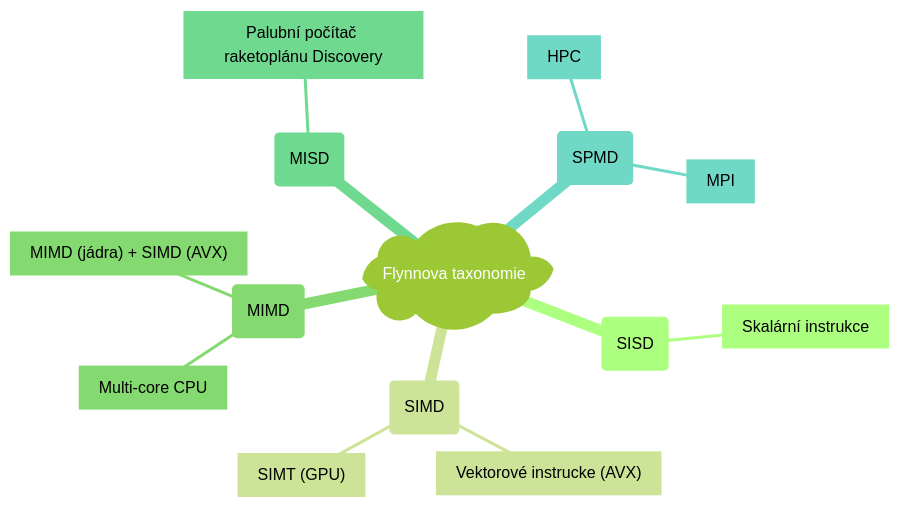
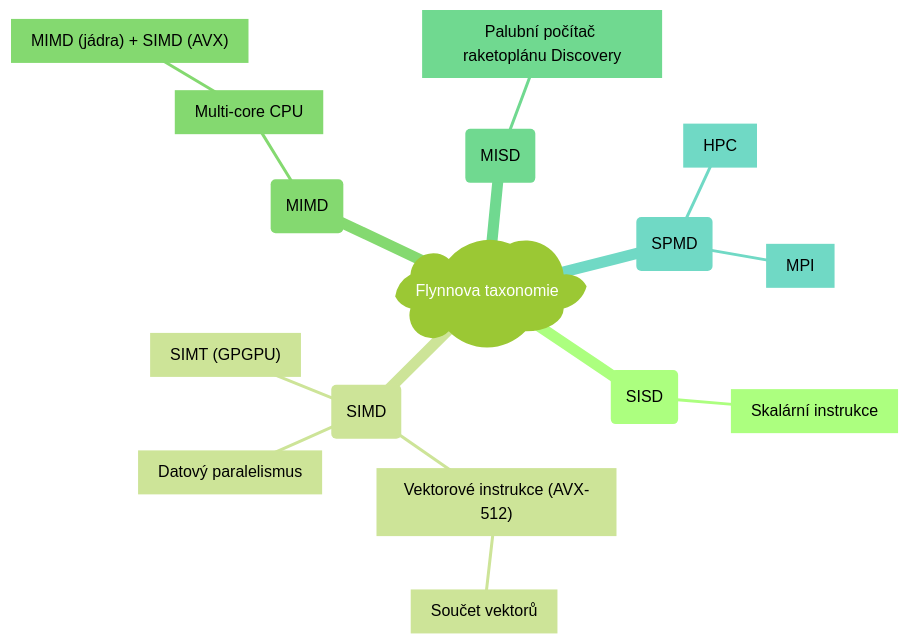
The sixth of 8 diagrams in src/it/systems_and_networking.md (matejfric/mdbook), drawn with Mermaid (forest theme) before and after one commit. The commit also changed other lines of this file and 2 other files, not shown here.

````diff
--- a/src/it/systems_and_networking.md
+++ b/src/it/systems_and_networking.md
@@ -490,18 +495,20 @@
 ```mermaid
 mindmap
   root)Flynnova taxonomie(
       (SISD)
         [Skalární instrukce]
       (SIMD)
-        ["Vektorové instrucke (AVX)"]
-        ["SIMT (GPU)"]
+        [Datový paralelismus]
+        ["Vektorové instrukce (AVX-512)"]
+          [Součet vektorů]
+        ["SIMT (GPGPU)"]
       (MIMD)
         [Multi-core CPU]
-        ["MIMD (jádra) + SIMD (AVX)"]
+          ["MIMD (jádra) + SIMD (AVX)"]
       (MISD)
         %% https://doi.org/10.1145/358234.358246
         [Palubní počítač raketoplánu Discovery]
       (SPMD)
         [HPC]
         [MPI]
 ```
````
